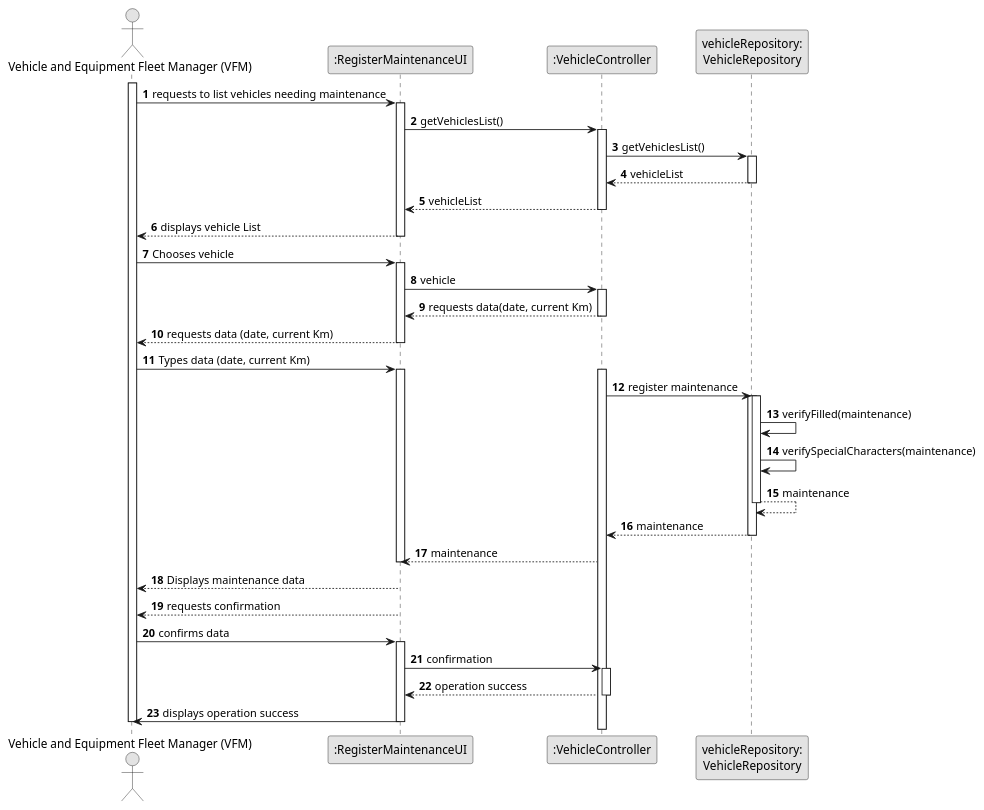
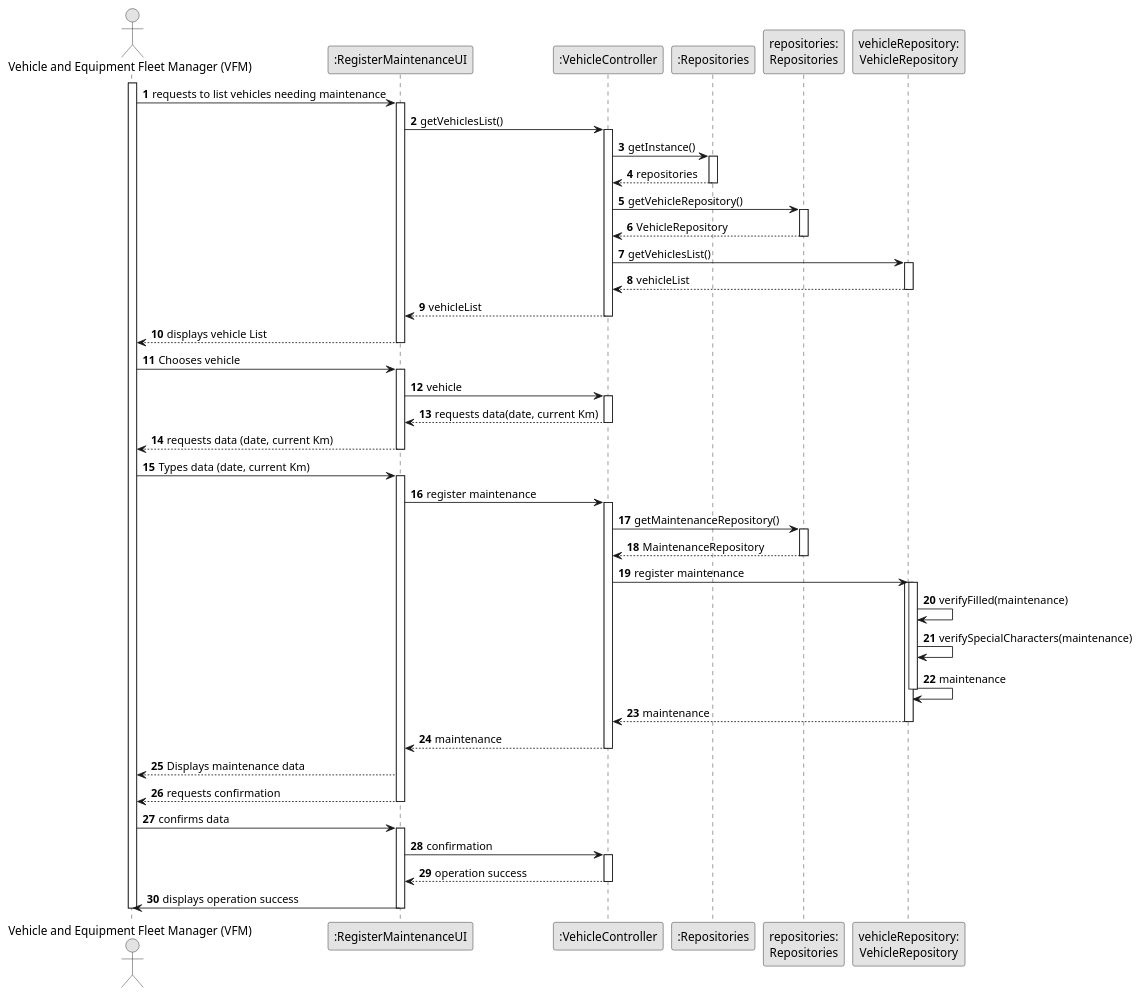
One commit to RicardoMorim/lapr2-ISEP-Project changed the diagram in docs/sprintB/us007/03.design/puml/us007-sequence-diagram-full.puml. Above: the diagram before and after it, drawn with PlantUML. The commit also changed 9 other files, not shown here.

```diff
--- a/docs/sprintB/us007/03.design/puml/us007-sequence-diagram-full.puml
+++ b/docs/sprintB/us007/03.design/puml/us007-sequence-diagram-full.puml
@@ -1,80 +1,104 @@
 @startuml
 skinparam monochrome true
 skinparam packageStyle rectangle
 skinparam shadowing false
 
 autonumber
 
 'hide footbox
 actor "Vehicle and Equipment Fleet Manager (VFM)" as VFM
 participant ":RegisterMaintenanceUI" as UI
 participant ":VehicleController" as CTRL
+participant ":Repositories" as RepositorySingleton
+participant "repositories:\nRepositories" as PLAT
 participant "vehicleRepository:\nVehicleRepository" as VehicleRepository
 
 activate VFM
 
     VFM -> UI : requests to list vehicles needing maintenance
     activate UI
 
         UI -> CTRL : getVehiclesList()
         activate CTRL
+
+        CTRL -> RepositorySingleton : getInstance()
+        activate RepositorySingleton
+
+            RepositorySingleton --> CTRL: repositories
+        deactivate RepositorySingleton
+
+        CTRL -> PLAT : getVehicleRepository()
+        activate PLAT
+
+            PLAT --> CTRL: VehicleRepository
+        deactivate PLAT
+
+
 
             CTRL -> VehicleRepository : getVehiclesList()
             activate VehicleRepository
 
                 VehicleRepository --> CTRL : vehicleList
             deactivate VehicleRepository
 
             CTRL --> UI : vehicleList
             deactivate CTRL
 
             UI --> VFM : displays vehicle List
             deactivate UI
 
             VFM -> UI : Chooses vehicle
             activate UI
 
             UI -> CTRL : vehicle
             activate CTRL
 
             CTRL --> UI : requests data(date, current Km)
             deactivate CTRL
 
             UI --> VFM : requests data (date, current Km)
             deactivate
 
             VFM -> UI : Types data (date, current Km)
             activate UI
 
+            UI -> CTRL : register maintenance
             activate CTRL
+
+               CTRL -> PLAT : getMaintenanceRepository()
+                        activate PLAT
+
+                        PLAT --> CTRL : MaintenanceRepository
+                        deactivate
+
 
             CTRL -> VehicleRepository : register maintenance
             activate VehicleRepository
 
             activate VehicleRepository
 
                VehicleRepository -> VehicleRepository : verifyFilled(maintenance)
                VehicleRepository -> VehicleRepository : verifySpecialCharacters(maintenance)
-               VehicleRepository --> VehicleRepository : maintenance
+               VehicleRepository -> VehicleRepository : maintenance
                deactivate
                VehicleRepository --> CTRL : maintenance
                deactivate
                CTRL --> UI : maintenance
                deactivate
                UI --> VFM : Displays maintenance data
                UI --> VFM : requests confirmation
                deactivate
                VFM -> UI : confirms data
                activate UI
 
                UI -> CTRL : confirmation
                activate CTRL
 
                CTRL --> UI : operation success
                deactivate
                UI -> VFM : displays operation success
                deactivate
 
                deactivate VFM
 
 @enduml
```
